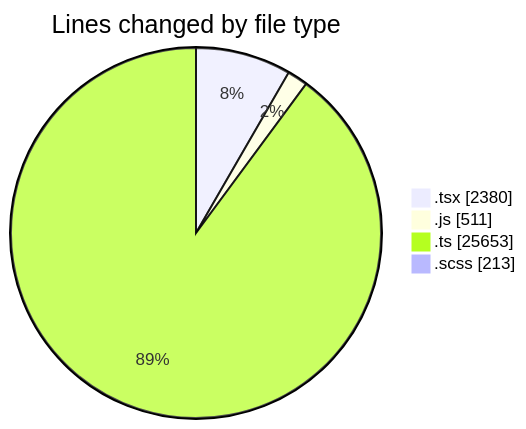
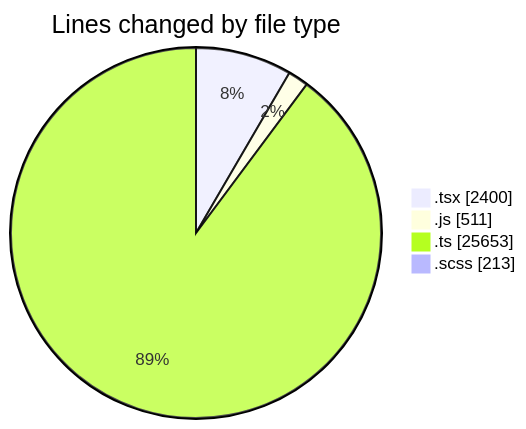
One commit to momahboobian/code-tracking changed the first of 2 diagrams in 2025-06-30/cda/README.md. Above: the diagram before and after it, drawn with Mermaid. The commit also changed other lines of this file and 1 other file, not shown here.

````diff
--- a/2025-06-30/cda/README.md
+++ b/2025-06-30/cda/README.md
@@ -41,8 +41,8 @@
 ```mermaid
 pie showData
 title Lines changed by file type
-".tsx" : 2380
+".tsx" : 2400
 ".js" : 511
 ".ts" : 25653
 ".scss" : 213
 ```
````
